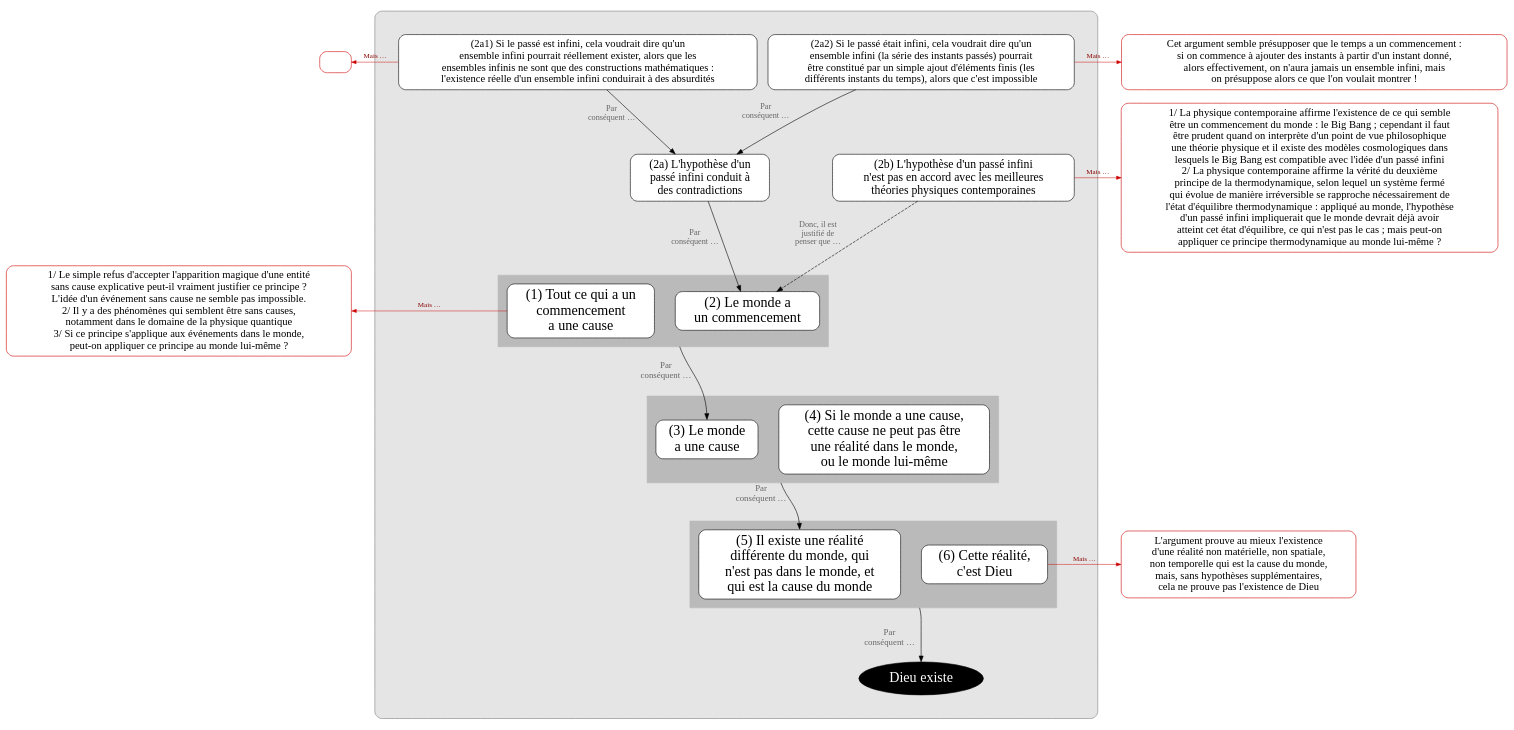
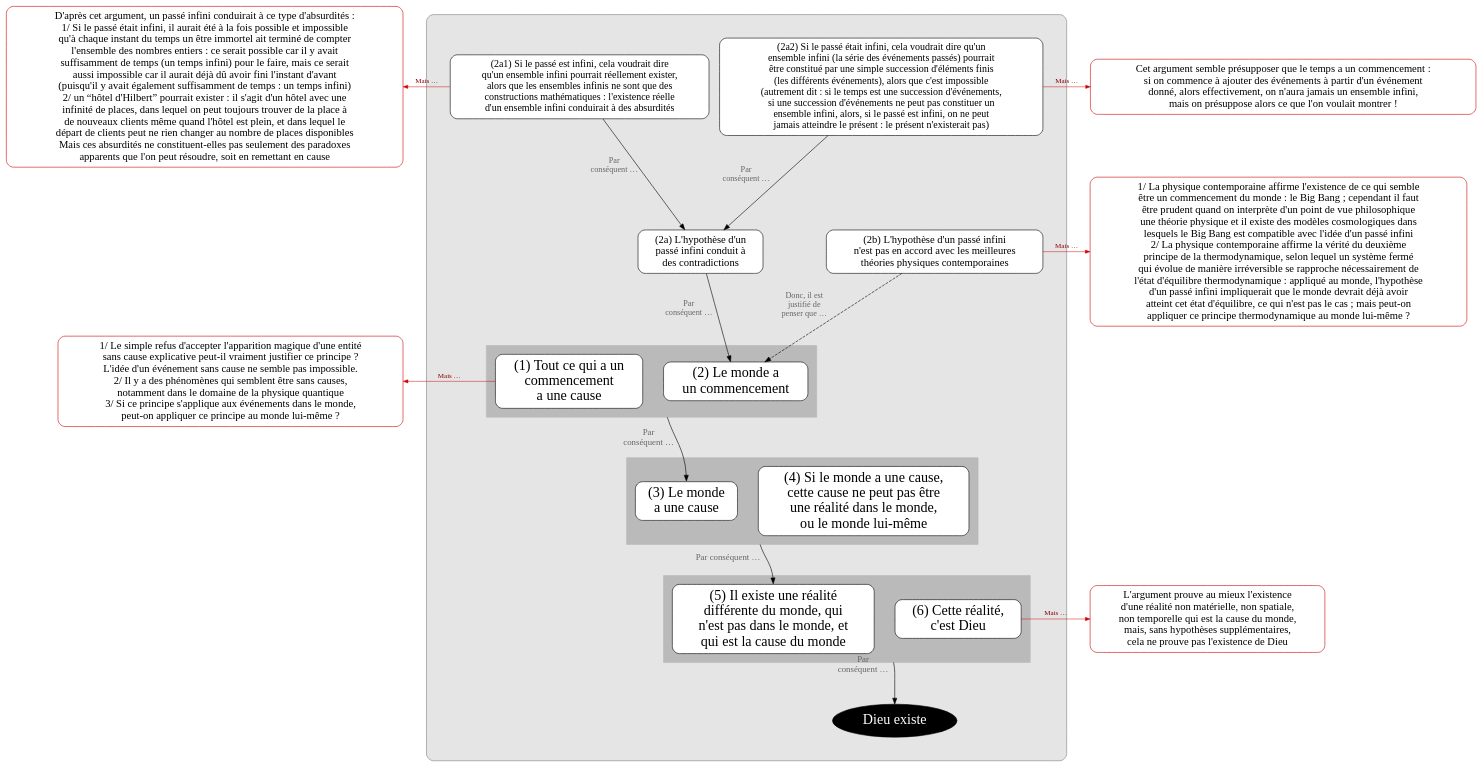
One commit to eyssette/graphviz-examples changed the diagram in argument/argument-cosmologique2.dot. Above: the diagram before and after it, drawn with Graphviz.

```diff
--- a/argument/argument-cosmologique2.dot
+++ b/argument/argument-cosmologique2.dot
@@ -1,157 +1,175 @@
 digraph G {
 splines=true
 newrank=true
 compound=true
-ranksep=0.3
+ranksep=0.2
 
 node[color=red3, style="rounded, filled", shape="box", fillcolor=white, penwidth=1, fontcolor=black, fontsize=18, margin=0.1]
 
-o2a1[label=""]
+o2a1[label="D'après cet argument, un passé infini conduirait à ce type d'absurdités : 
+1/ Si le passé était infini, il aurait été à la fois possible et impossible
+qu'à chaque instant du temps un être immortel ait terminé de compter 
+l'ensemble des nombres entiers : ce serait possible car il y avait
+suffisamment de temps (un temps infini) pour le faire, mais ce serait
+aussi impossible car il aurait déjà dû avoir fini l'instant d'avant
+(puisqu'il y avait également suffisamment de temps : un temps infini)
+2/ un “hôtel d'Hilbert” pourrait exister : il s'agit d'un hôtel avec une 
+infinité de places, dans lequel on peut toujours trouver de la place à
+de nouveaux clients même quand l'hôtel est plein, et dans lequel le
+départ de clients peut ne rien changer au nombre de places disponibles
+Mais ces absurdités ne constituent-elles pas seulement des paradoxes
+apparents que l'on peut résoudre, soit en remettant en cause
+"]
 
 o1[label="1/ Le simple refus d'accepter l'apparition magique d'une entité
 sans cause explicative peut-il vraiment justifier ce principe ?
 L'idée d'un événement sans cause ne semble pas impossible.
 2/ Il y a des phénomènes qui semblent être sans causes,
 notamment dans le domaine de la physique quantique
 3/ Si ce principe s'applique aux événements dans le monde,
 peut-on appliquer ce principe au monde lui-même ?"]
 
 node[shape=box, fillcolor=white, style="filled,rounded", color=black, fontsize=24, penwidth=1,fontcolor=black, margin=0.1]
 edge[minlen=2,color=red3, penwidth=0.8, arrowsize=0.8, label=" Mais …", fontcolor=red4,fontsize=12]
 {rank=same;o1->p1[dir=back]}
 
 
 
 
 subgraph cluster_0 {
 bgcolor=grey90
 style=rounded
 color=grey50
 margin=40
 
 
 
 node[shape=box, fillcolor=white, style="filled,rounded", color=black]
 edge[label="",xlabel="Par
 conséquent …",fontcolor=grey40;fontsize=15,minlen=3,color=black,penwidth=1, arrowsize=1]
 
 
 {
+node[fontsize=17]
+p2a2[label="(2a2) Si le passé était infini, cela voudrait dire qu'un
+ensemble infini (la série des événements passés) pourrait
+être constitué par une simple succession d'éléments finis
+(les différents événements), alors que c'est impossible
+(autrement dit : si le temps est une succession d'événements, 
+si une succession d'événements ne peut pas constituer un
+ensemble infini, alors, si le passé est infini, on ne peut
+jamais atteindre le présent : le présent n'existerait pas)"]
+p2a1[label="(2a1) Si le passé est infini, cela voudrait dire
+qu'un ensemble infini pourrait réellement exister,
+alors que les ensembles infinis ne sont que des
+constructions mathématiques : l'existence réelle
+d'un ensemble infini conduirait à des absurdités"]
 node[fontsize=18]
-p2a2[label="(2a2) Si le passé était infini, cela voudrait dire qu'un
-ensemble infini (la série des instants passés) pourrait
-être constitué par un simple ajout d'éléments finis (les
-différents instants du temps), alors que c'est impossible"]
-p2a1[label="(2a1) Si le passé est infini, cela voudrait dire qu'un
-ensemble infini pourrait réellement exister, alors que les
-ensembles infinis ne sont que des constructions mathématiques :
-l'existence réelle d'un ensemble infini conduirait à des absurdités"]
-node[fontsize=20]
 p2b[label="(2b) L'hypothèse d'un passé infini
 n'est pas en accord avec les meilleures
 théories physiques contemporaines"]
 p2a[label="(2a) L'hypothèse d'un
 passé infini conduit à 
 des contradictions"]
 }
 
 p2a2->p2a[minlen=1, fontsize=14]
 p2a1->p2a[minlen=1, fontsize=14]
 p2a->p2[minlen=1, fontsize=14]
 p2b->p2[style="dashed", xlabel="Donc, il est
 justifié de
 penser que …",minlen=1, fontsize=14]
 {rank=same;p2a->p2b[style=invis,minlen=3]}
 
 subgraph cluster_1 {
 style="box"
 margin=15
 bgcolor=grey73
 color=grey73
 p1[label="(1) Tout ce qui a un
 commencement
 a une cause"]
 
 p2[label="(2) Le monde a
 un commencement"]
 }
 
 //p1->p2[style=invis,xlabel="",minlen=1]
 {rank=same;p1->p2[style=invis,xlabel="",minlen=1]}
 
 p2:w->p3:n[ltail=cluster_1]
 //p2:w->p3:n[ltail=cluster_1]
 
 
 subgraph cluster_2 {
 style="box"
 margin=15
 bgcolor=grey73
 color=grey73
 p3[label="(3) Le monde
 a une cause"]
 p4[label="(4) Si le monde a une cause,
 cette cause ne peut pas être
 une réalité dans le monde,
 ou le monde lui-même"]
 }
 {rank=same;p3->p4[style=invis,xlabel="",minlen=1]}
 
-p4:w->p5:n[ltail=cluster_2]
+p4:w->p5:n[ltail=cluster_2,xlabel="Par conséquent …"]
 
 
 subgraph cluster_3 {
 style="box"
 margin=15
 bgcolor=grey73
 color=grey73
 p5[label="(5) Il existe une réalité
 différente du monde, qui
 n'est pas dans le monde, et
 qui est la cause du monde"]
 p6[label="(6) Cette réalité,
 c'est Dieu"]
 }
 
 {rank=same;p5->p6[style=invis,xlabel="",minlen=1]}
 
 p6:w->C:n[ltail=cluster_3,minlen=4]
 
 C[label="Dieu existe",fillcolor=black, fontcolor=white, color=black, shape=ellipse]
 
 
 }
 
 node[color=red3, style="rounded, filled", shape="box", fillcolor=white, penwidth=1, fontcolor=black, fontsize=18, margin=0.1]
 
 o2b[label="1/ La physique contemporaine affirme l'existence de ce qui semble
 être un commencement du monde : le Big Bang ; cependant il faut
 être prudent quand on interprète d'un point de vue philosophique
 une théorie physique et il existe des modèles cosmologiques dans
 lesquels le Big Bang est compatible avec l'idée d'un passé infini
 2/ La physique contemporaine affirme la vérité du deuxième
 principe de la thermodynamique, selon lequel un système fermé
 qui évolue de manière irréversible se rapproche nécessairement de
 l'état d'équilibre thermodynamique : appliqué au monde, l'hypothèse
 d'un passé infini impliquerait que le monde devrait déjà avoir
 atteint cet état d'équilibre, ce qui n'est pas le cas ; mais peut-on
 appliquer ce principe thermodynamique au monde lui-même ?"]
 {rank=same;p2b->o2b}
 
 o6[label="L'argument prouve au mieux l'existence
 d'une réalité non matérielle, non spatiale,
 non temporelle qui est la cause du monde,
 mais, sans hypothèses supplémentaires,
 cela ne prouve pas l'existence de Dieu"]
 {rank=same;p6->o6}
 
 o2a2[label="Cet argument semble présupposer que le temps a un commencement :
-si on commence à ajouter des instants à partir d'un instant donné,
-alors effectivement, on n'aura jamais un ensemble infini, mais
-on présuppose alors ce que l'on voulait montrer !"]
+si on commence à ajouter des événements à partir d'un événement
+donné, alors effectivement, on n'aura jamais un ensemble infini,
+mais on présuppose alors ce que l'on voulait montrer !"]
 
 {rank=same;p2a2->o2a2}
 
 {rank=same;o2a1->p2a1[dir=back]}
 
 }
```
